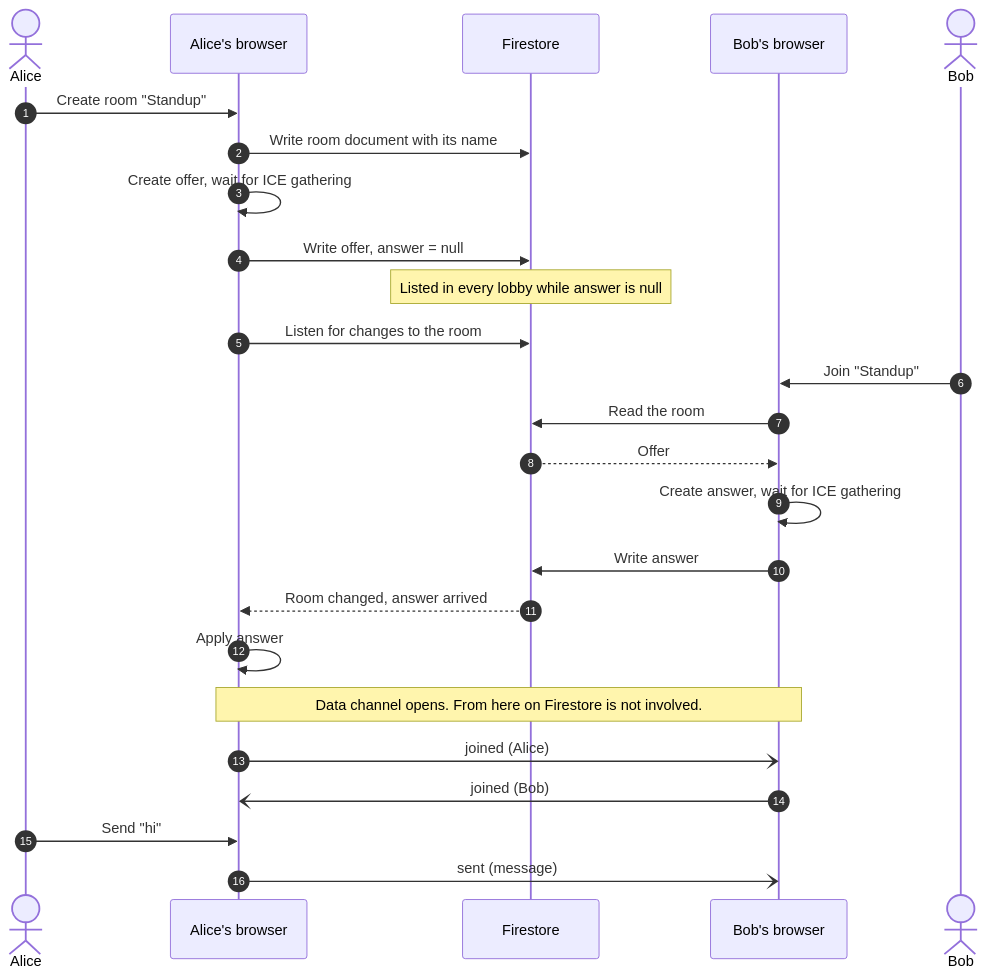
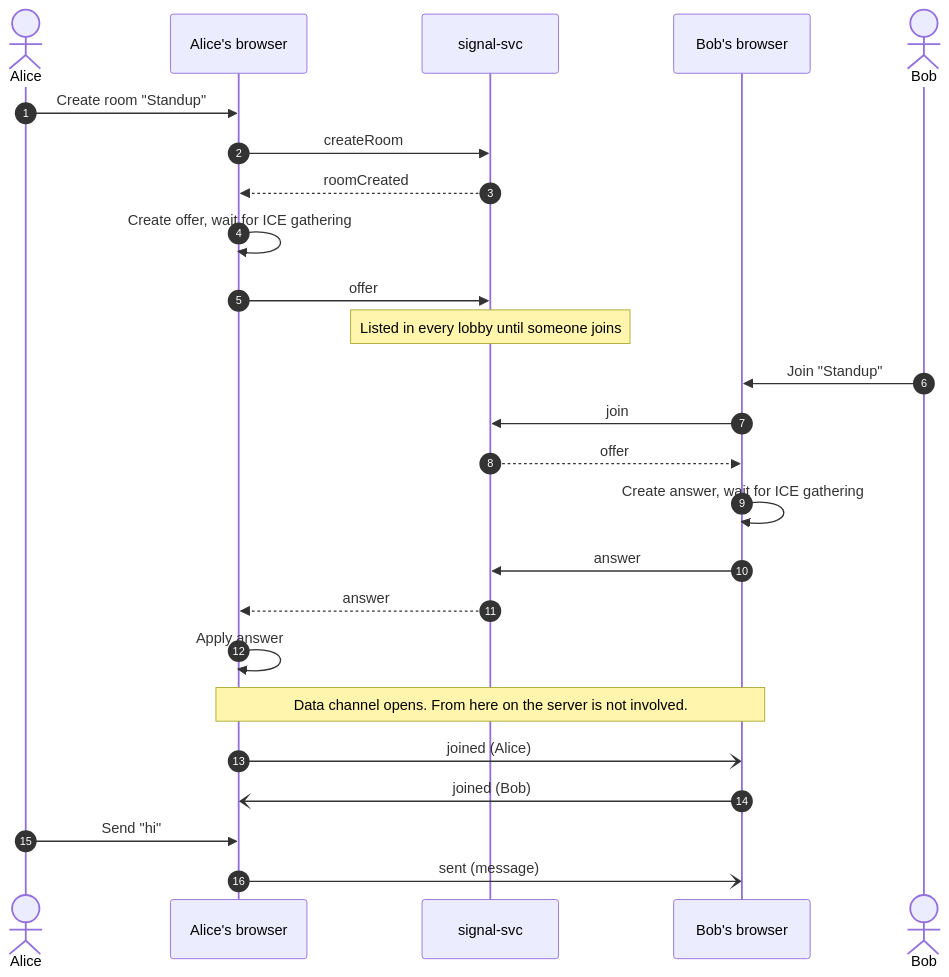
Before and after one commit to LitHaxor/webRTC-mesh-chat: the second of 3 diagrams in README.md, drawn with Mermaid. The commit also changed other lines of this file and 49 other files, not shown here.

````diff
--- a/README.md
+++ b/README.md
@@ -56,28 +85,28 @@
 ```mermaid
 sequenceDiagram
   autonumber
   actor Alice
   participant A as Alice's browser
-  participant FS as Firestore
+  participant S as signal-svc
   participant B as Bob's browser
   actor Bob
 
   Alice->>A: Create room "Standup"
-  A->>FS: Write room document with its name
+  A->>S: createRoom
+  S-->>A: roomCreated
   A->>A: Create offer, wait for ICE gathering
-  A->>FS: Write offer, answer = null
-  Note over FS: Listed in every lobby while answer is null
-  A->>FS: Listen for changes to the room
+  A->>S: offer
+  Note over S: Listed in every lobby until someone joins
   Bob->>B: Join "Standup"
-  B->>FS: Read the room
-  FS-->>B: Offer
+  B->>S: join
+  S-->>B: offer
   B->>B: Create answer, wait for ICE gathering
-  B->>FS: Write answer
-  FS-->>A: Room changed, answer arrived
+  B->>S: answer
+  S-->>A: answer
   A->>A: Apply answer
-  Note over A,B: Data channel opens. From here on Firestore is not involved.
+  Note over A,B: Data channel opens. From here on the server is not involved.
   A-)B: joined (Alice)
   B-)A: joined (Bob)
   Alice->>A: Send "hi"
   A-)B: sent (message)
 ```
````
